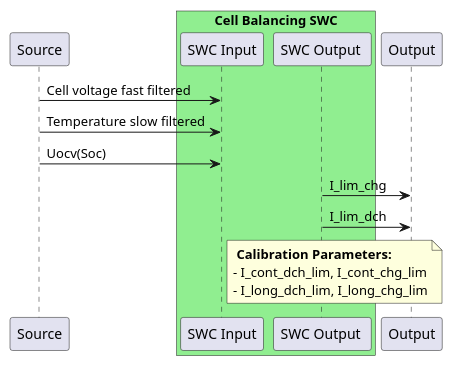
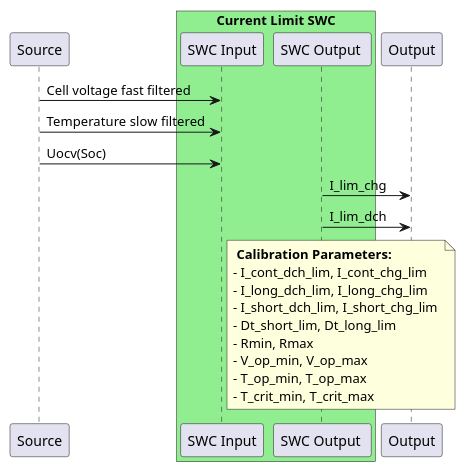
One commit to Simtestlab/atlas changed the diagram in simtestlab/SoftwareSpecifiactions/ApplicationSoftware/Current Limits.md. Above: the diagram before and after it, drawn with PlantUML.

Commit message:
Update Current Limits.md

````diff
--- a/simtestlab/SoftwareSpecifiactions/ApplicationSoftware/Current Limits.md
+++ b/simtestlab/SoftwareSpecifiactions/ApplicationSoftware/Current Limits.md
@@ -7,32 +7,38 @@
 ```puml
 @startuml
 
 ' External signal sources (left)
 participant "Source" as Inputs
 
 ' SWC in the middle   
-box "Cell Balancing SWC" #LightGreen
+box "Current Limit SWC" #LightGreen
   participant "SWC Input" as In
   participant "SWC Output " as Out
 
 end box
 
 ' Signals into SWC ############################# EDIT ONLY HERE #############################
 Inputs -> In : Cell voltage fast filtered
 Inputs -> In : Temperature slow filtered
 Inputs -> In : Uocv(Soc)
 
 ' Signals from SWC ##########################  EDIT ONLY HERE ################################
 Out -> Output : I_lim_chg
 Out -> Output : I_lim_dch
 
 
 ' Signals from SWC ##########################  EDIT ONLY HERE ################################
 note right of In 
     <b> Calibration Parameters:</b>
     - I_cont_dch_lim, I_cont_chg_lim
     - I_long_dch_lim, I_long_chg_lim
+    - I_short_dch_lim, I_short_chg_lim 
+    - Dt_short_lim, Dt_long_lim
+    - Rmin, Rmax
+    - V_op_min, V_op_max
+    - T_op_min, T_op_max
+    - T_crit_min, T_crit_max
 end note
 @enduml
 
 ```
````
